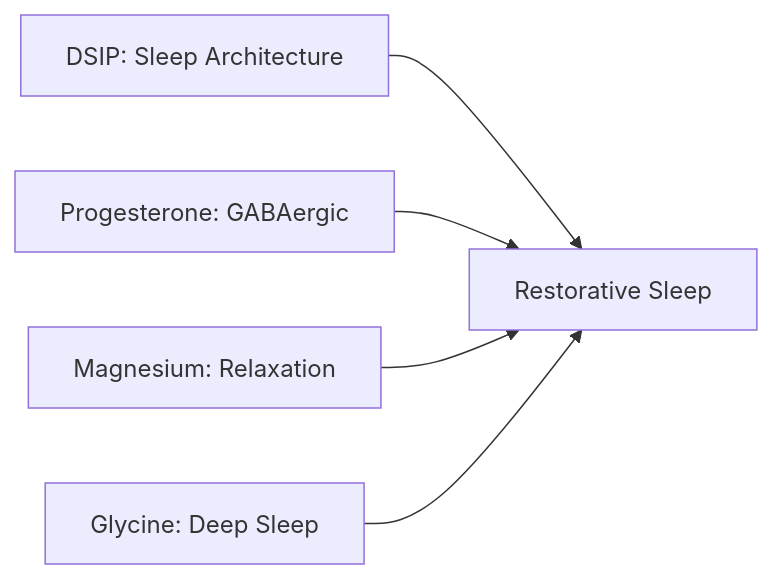
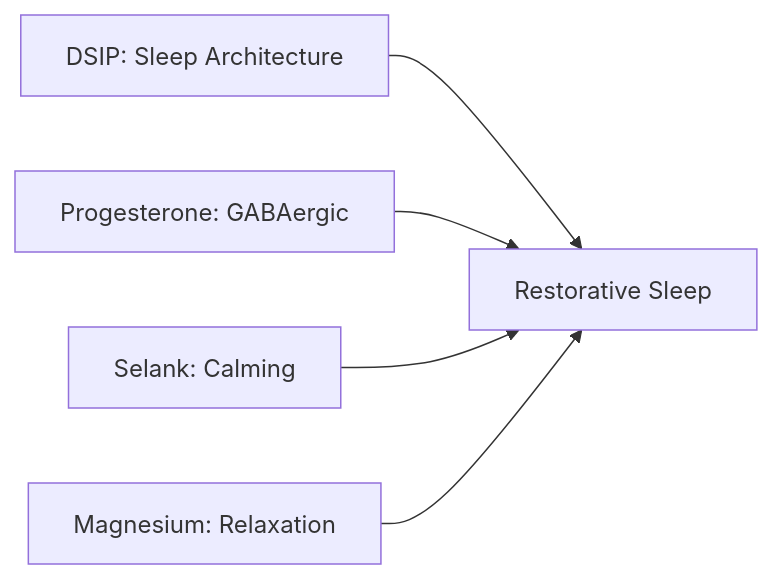
The fifth of 8 diagrams in protocols/athena-protocol.md (199-biotechnologies/199-peptides), drawn with Mermaid before and after one commit. The commit also changed other lines of this file and 1 other file, not shown here.

````diff
--- a/protocols/athena-protocol.md
+++ b/protocols/athena-protocol.md
@@ -117,7 +121,7 @@
 ```mermaid
 flowchart LR
     DSIP[DSIP: Sleep Architecture] --> R[Restorative Sleep]
     P4S[Progesterone: GABAergic] --> R
+    SEL[Selank: Calming] --> R
     MGG[Magnesium: Relaxation] --> R
-    GLY[Glycine: Deep Sleep] --> R
 ```
````
